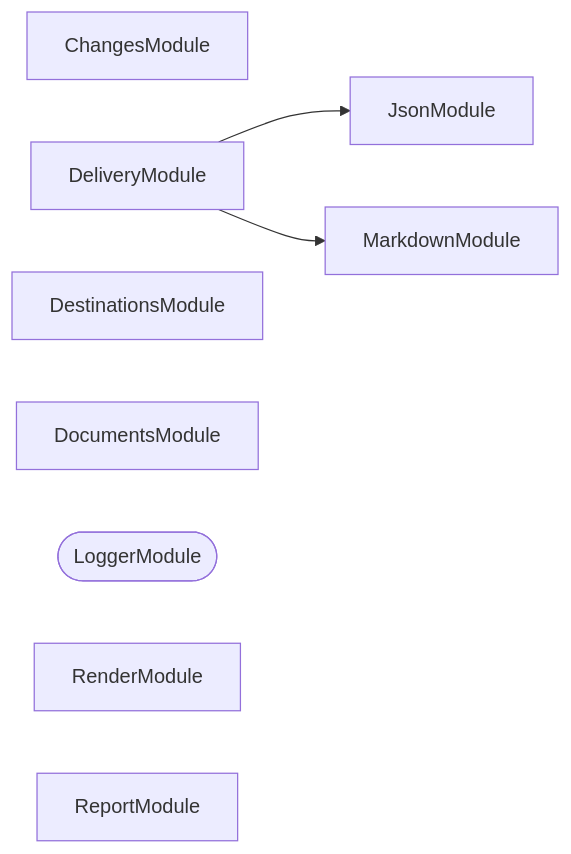
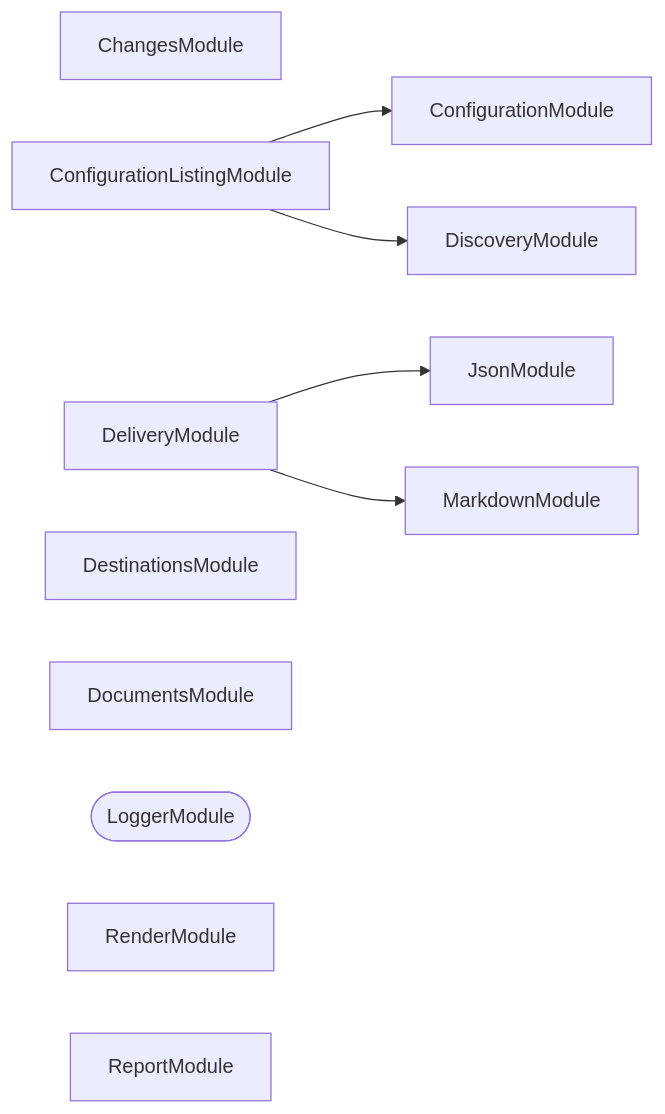
The second of 3 diagrams in packages/ic-suite/codometer/codometer-output/README.md (JimmyPaolini/codebase), drawn with Mermaid before and after one commit. The commit also changed other lines of this file and 17 other files, not shown here.

````diff
--- a/packages/ic-suite/codometer/codometer-output/README.md
+++ b/packages/ic-suite/codometer/codometer-output/README.md
@@ -184,14 +184,19 @@
 ```mermaid
 flowchart LR
   ChangesModule
+  ConfigurationListingModule
+  ConfigurationModule
   DeliveryModule
   DestinationsModule
+  DiscoveryModule
   DocumentsModule
   JsonModule
   LoggerModule([LoggerModule])
   MarkdownModule
   RenderModule
   ReportModule
+  ConfigurationListingModule --> ConfigurationModule
+  ConfigurationListingModule --> DiscoveryModule
   DeliveryModule --> JsonModule
   DeliveryModule --> MarkdownModule
 ```
````
